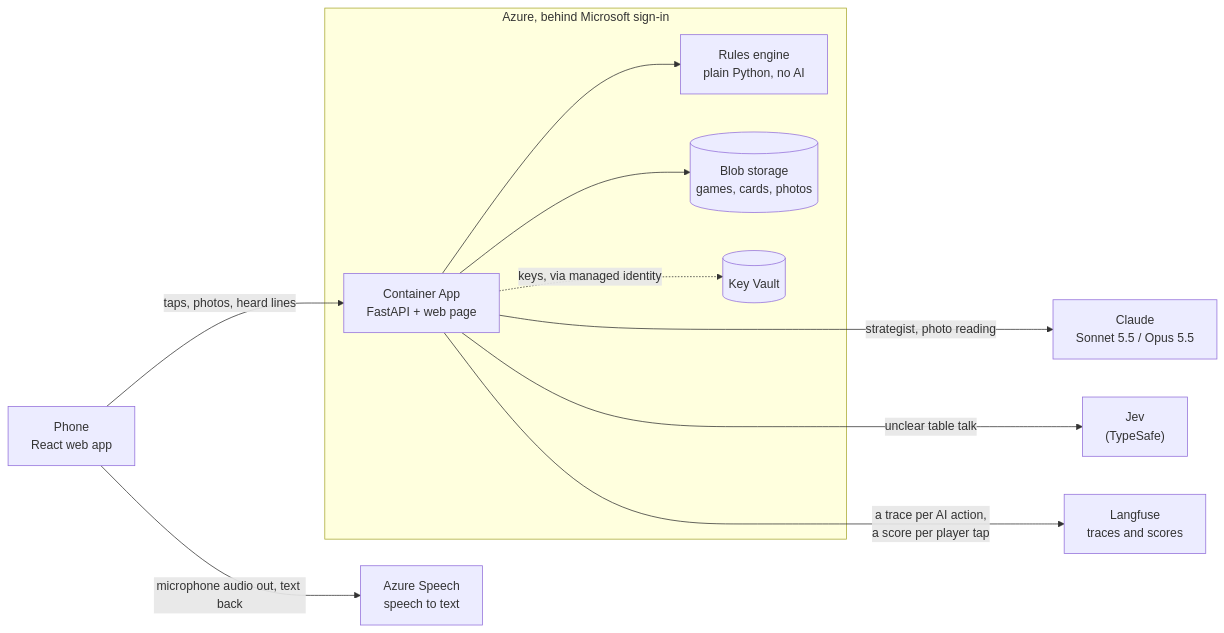
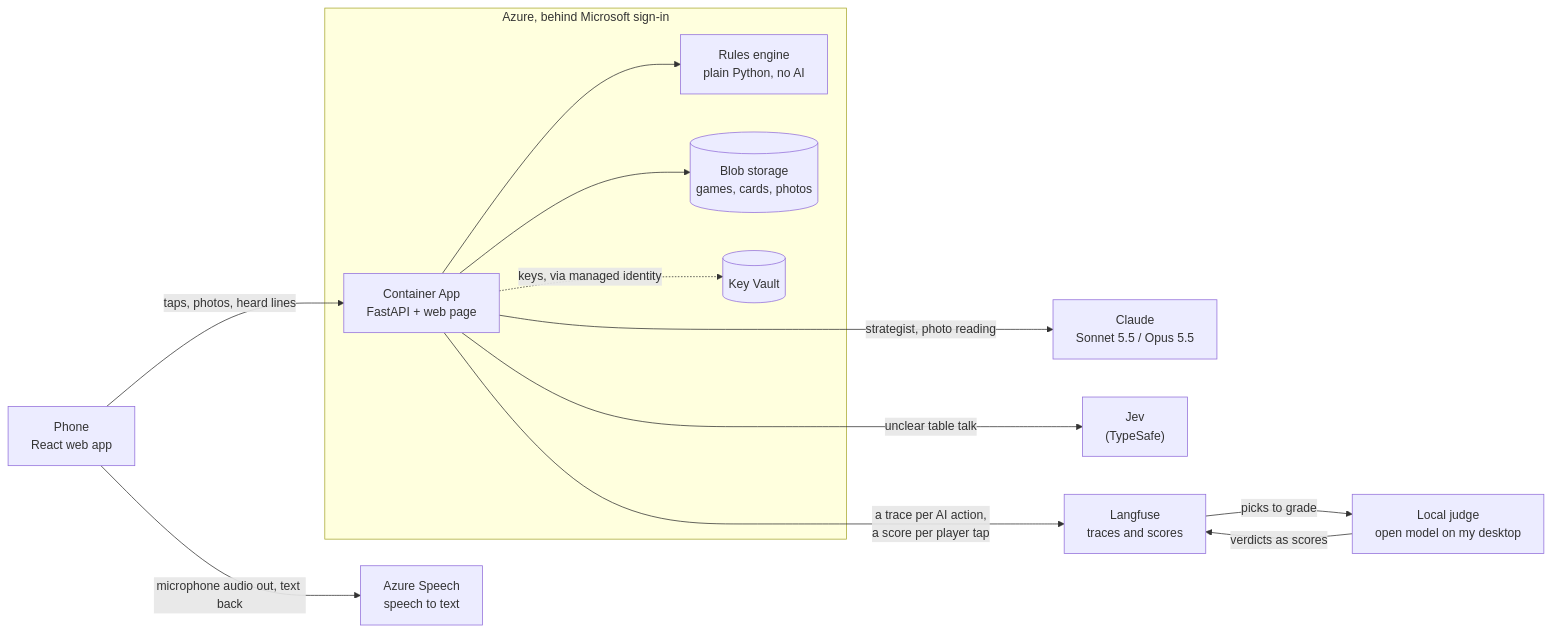
Before and after one commit to npransk/NickPranskePublic: the first of 7 diagrams in Mahjong_Companion/README.md, drawn with Mermaid. The commit also changed other lines of this file and 35 other files, not shown here.

````diff
--- a/Mahjong_Companion/README.md
+++ b/Mahjong_Companion/README.md
@@ -65,25 +65,28 @@
 ```mermaid
 flowchart LR
     phone["Phone<br/>React web app"]
     speech["Azure Speech<br/>speech to text"]
 
     subgraph azure["Azure, behind Microsoft sign-in"]
         api["Container App<br/>FastAPI + web page"]
         engine["Rules engine<br/>plain Python, no AI"]
         blob[("Blob storage<br/>games, cards, photos")]
         vault[("Key Vault")]
         api --> engine
         api --> blob
         api -. "keys, via managed identity" .-> vault
     end
 
     claude["Claude<br/>Sonnet 5.5 / Opus 5.5"]
     jev["Jev<br/>(TypeSafe)"]
     langfuse["Langfuse<br/>traces and scores"]
+    judge["Local judge<br/>open model on my desktop"]
 
     phone -- "taps, photos, heard lines" --> api
     phone -- "microphone audio out, text back" --> speech
     api -- "strategist, photo reading" ----> claude
     api -- "unclear table talk" ----> jev
     api -- "a trace per AI action,<br/>a score per player tap" ----> langfuse
+    langfuse -- "picks to grade" --> judge
+    judge -- "verdicts as scores" --> langfuse
 ```
````
